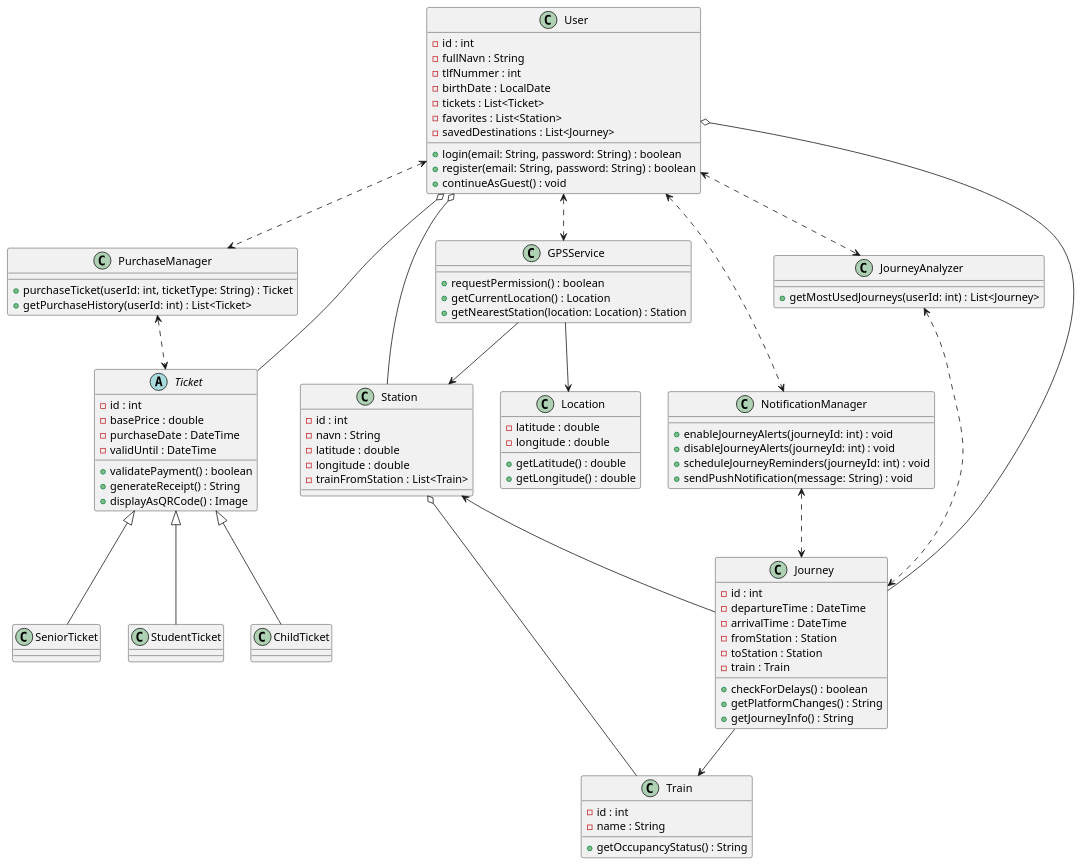
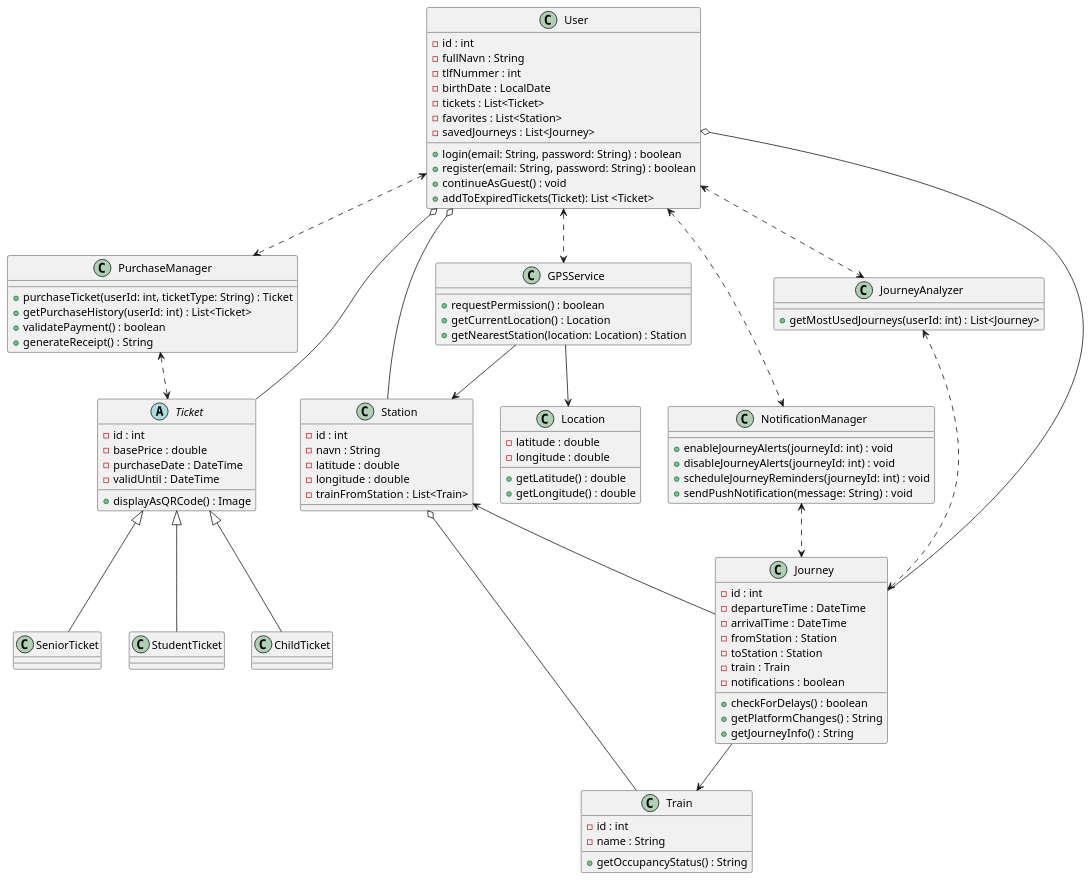
Before and after one commit to WaterIsNecessary/OnTheWay: the diagram in classDiagram.puml, drawn with PlantUML.

Commit message:
Arbeide etter Workshopen 22.09

```diff
--- a/classDiagram.puml
+++ b/classDiagram.puml
@@ -1,108 +1,112 @@
 @startuml
 
 abstract class Ticket {
     - id : int
     - basePrice : double
     - purchaseDate : DateTime
     - validUntil : DateTime
-    + validatePayment() : boolean
-    + generateReceipt() : String
+
     + displayAsQRCode() : Image
+
 }
 
 class StudentTicket
 class ChildTicket
 class SeniorTicket
 
 Ticket <|-- StudentTicket
 Ticket <|-- ChildTicket
 Ticket <|-- SeniorTicket
 
 class User {
     - id : int
     - fullNavn : String
     - tlfNummer : int
     - birthDate : LocalDate
     - tickets : List<Ticket>
     - favorites : List<Station>
-    - savedDestinations : List<Journey>
+    - savedJourneys : List<Journey>
     + login(email: String, password: String) : boolean
     + register(email: String, password: String) : boolean
     + continueAsGuest() : void
+    + addToExpiredTickets(Ticket): List <Ticket>
 }
 
 class NotificationManager {
     + enableJourneyAlerts(journeyId: int) : void
     + disableJourneyAlerts(journeyId: int) : void
     + scheduleJourneyReminders(journeyId: int) : void
     + sendPushNotification(message: String) : void
 }
 
 class PurchaseManager {
     + purchaseTicket(userId: int, ticketType: String) : Ticket
     + getPurchaseHistory(userId: int) : List<Ticket>
+    + validatePayment() : boolean
+    + generateReceipt() : String
 }
 
 class JourneyAnalyzer {
     + getMostUsedJourneys(userId: int) : List<Journey>
 }
 
 class GPSService {
     + requestPermission() : boolean
     + getCurrentLocation() : Location
     + getNearestStation(location: Location) : Station
 }
 
 class Location {
     - latitude : double
     - longitude : double
     + getLatitude() : double
     + getLongitude() : double
 }
 
 class Train {
     - id : int
     - name : String
     + getOccupancyStatus() : String
 }
 
 class Station {
     - id : int
     - navn : String
     - latitude : double
     - longitude : double
     - trainFromStation : List<Train>
 }
 
 class Journey {
     - id : int
     - departureTime : DateTime
     - arrivalTime : DateTime
     - fromStation : Station
     - toStation : Station
     - train : Train
+    - notifications : boolean
     + checkForDelays() : boolean
     + getPlatformChanges() : String
     + getJourneyInfo() : String
 }
 
 User <..> NotificationManager
 User <..> PurchaseManager
 User <..> JourneyAnalyzer
 User <..> GPSService
 
 PurchaseManager <..> Ticket
 NotificationManager <..> Journey
 JourneyAnalyzer <..> Journey
 GPSService --> Station
 GPSService --> Location
 
 User o-- Ticket
 Station o-- Train
 User o-- Station
 Station <-- Journey
 Journey --> Train
 Journey --o User
 
 
 @enduml
```
